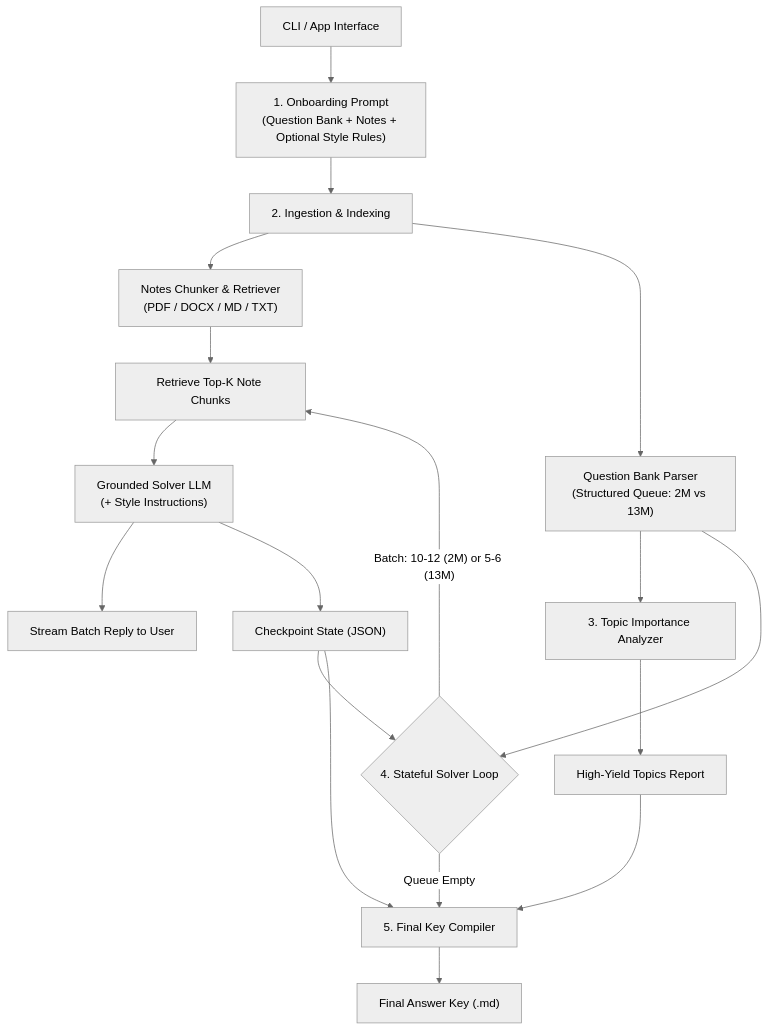
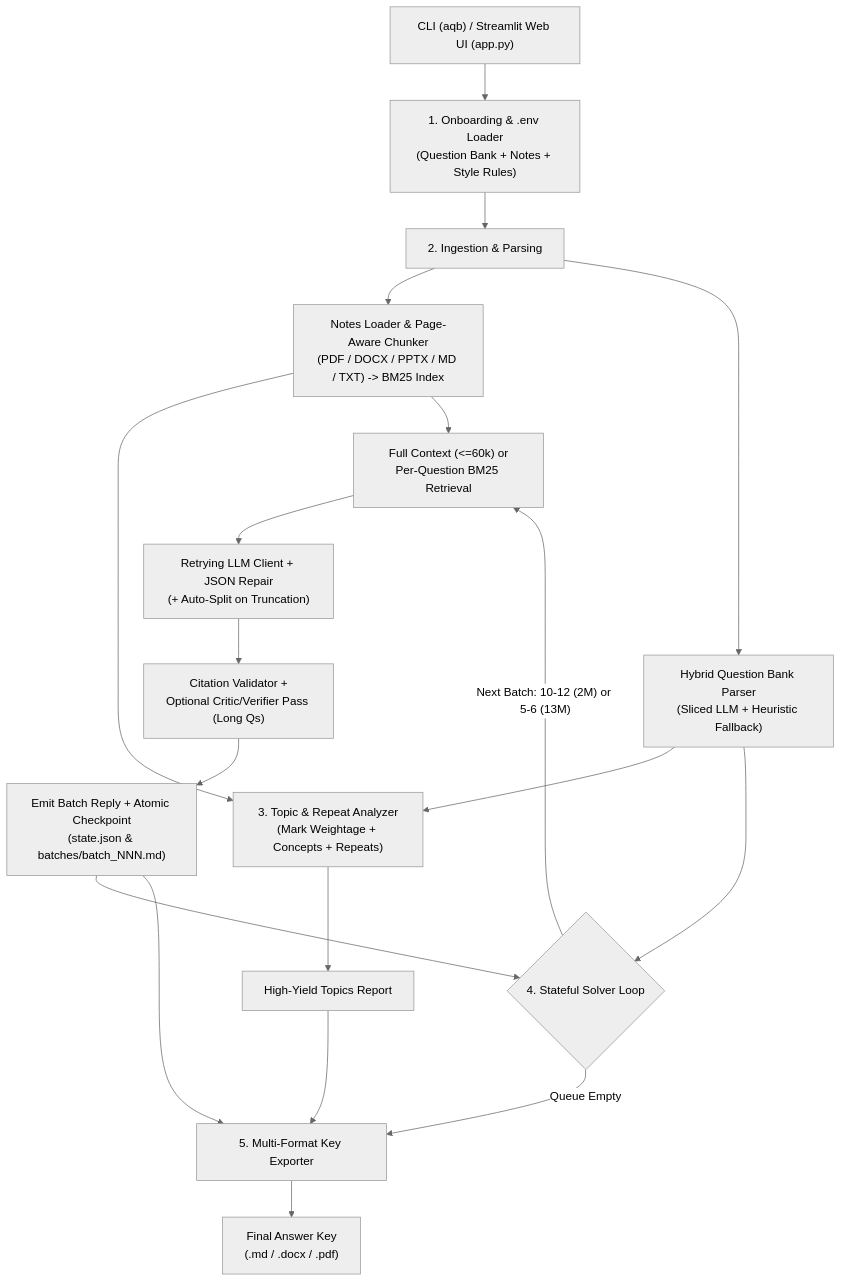
Before and after one commit to dprincepiriyan/autonomous_question_bank: the diagram in docs/ARCHITECTURE.md, drawn with Mermaid (neutral theme). The commit also changed other lines of this file and 27 other files, not shown here.

Commit message:
Complete full app: Streamlit UI, resume, retry/JSON-repair, verifier, DOCX/PDF export, and 36 tests

````diff
--- a/docs/ARCHITECTURE.md
+++ b/docs/ARCHITECTURE.md
@@ -18,24 +18,25 @@
 ```mermaid
 flowchart TD
-    UI["CLI / App Interface"] --> Onboarding["1. Onboarding Prompt<br/>(Question Bank + Notes + Optional Style Rules)"]
-    Onboarding --> Ingest["2. Ingestion & Indexing"]
+    UI["CLI (aqb) / Streamlit Web UI (app.py)"] --> Onboarding["1. Onboarding & .env Loader<br/>(Question Bank + Notes + Style Rules)"]
+    Onboarding --> Ingest["2. Ingestion & Parsing"]
     
-    Ingest --> NotesIdx["Notes Chunker & Retriever<br/>(PDF / DOCX / MD / TXT)"]
-    Ingest --> QParser["Question Bank Parser<br/>(Structured Queue: 2M vs 13M)"]
+    Ingest --> NotesIdx["Notes Loader & Page-Aware Chunker<br/>(PDF / DOCX / PPTX / MD / TXT) -> BM25 Index"]
+    Ingest --> QParser["Hybrid Question Bank Parser<br/>(Sliced LLM + Heuristic Fallback)"]
     
-    QParser --> TopicEngine["3. Topic Importance Analyzer"]
+    QParser --> TopicEngine["3. Topic & Repeat Analyzer<br/>(Mark Weightage + Concepts + Repeats)"]
+    NotesIdx --> TopicEngine
     TopicEngine --> TopicsOut["High-Yield Topics Report"]
     
     QParser --> Loop{"4. Stateful Solver Loop"}
-    Loop -- "Batch: 10-12 (2M) or 5-6 (13M)" --> Retriever["Retrieve Top-K Note Chunks"]
-    NotesIdx --> Retriever
-    Retriever --> Solver["Grounded Solver LLM<br/>(+ Style Instructions)"]
-    Solver --> Stream["Stream Batch Reply to User"]
-    Solver --> State["Checkpoint State (JSON)"]
-    State --> Loop
+    Loop -- "Next Batch: 10-12 (2M) or 5-6 (13M)" --> Context["Full Context (<=60k) or<br/>Per-Question BM25 Retrieval"]
+    NotesIdx --> Context
+    Context --> Solver["Retrying LLM Client + JSON Repair<br/>(+ Auto-Split on Truncation)"]
+    Solver --> Verify["Citation Validator +<br/>Optional Critic/Verifier Pass (Long Qs)"]
+    Verify --> Stream["Emit Batch Reply + Atomic Checkpoint<br/>(state.json & batches/batch_NNN.md)"]
+    Stream --> Loop
     
-    Loop -- "Queue Empty" --> Compiler["5. Final Key Compiler"]
+    Loop -- "Queue Empty" --> Compiler["5. Multi-Format Key Exporter"]
     TopicsOut --> Compiler
-    State --> Compiler
-    Compiler --> Export["Final Answer Key (.md)"]
+    Stream --> Compiler
+    Compiler --> Export["Final Answer Key<br/>(.md / .docx / .pdf)"]
 ```
````
